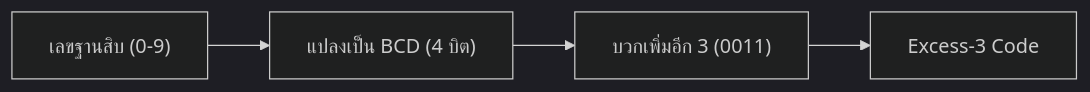
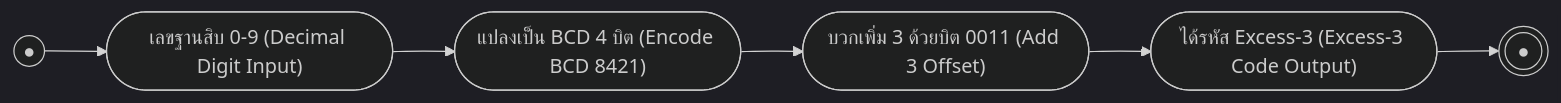
The first of 3 diagrams in 01_Lectures/Week1/Excess3-Gray-Code.md (PhuriphatTyPeZ3r0/Course-1322201-Digital-Logic-Design-2026), drawn with Mermaid (dark theme) before and after one commit. The commit also changed other lines of this file and 18 other files, not shown here.

Commit message:
refactor: standardize diagrams to UML specifications across notes and templates

````diff
--- a/01_Lectures/Week1/Excess3-Gray-Code.md
+++ b/01_Lectures/Week1/Excess3-Gray-Code.md
@@ -47,6 +47,8 @@
 ```mermaid
 flowchart LR
-    D["เลขฐานสิบ (0-9)"] --> BCD["แปลงเป็น BCD (4 บิต)"]
-    BCD --> Add["บวกเพิ่มอีก 3 (0011)"]
-    Add --> E3["Excess-3 Code"]
+    Start((●)) --> D(["เลขฐานสิบ 0-9 (Decimal Digit Input)"])
+    D --> BCD(["แปลงเป็น BCD 4 บิต (Encode BCD 8421)"])
+    BCD --> Add(["บวกเพิ่ม 3 ด้วยบิต 0011 (Add 3 Offset)"])
+    Add --> E3(["ได้รหัส Excess-3 (Excess-3 Code Output)"])
+    E3 --> Stop(((●)))
 ```
````
